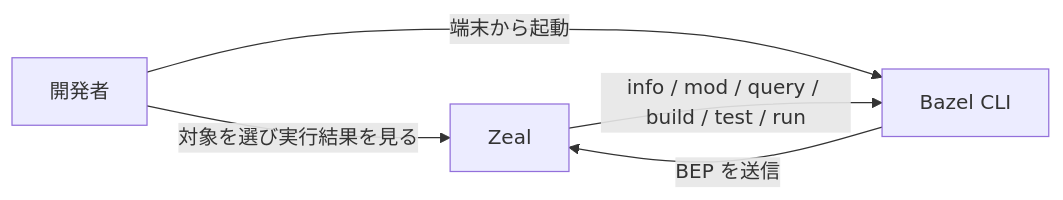
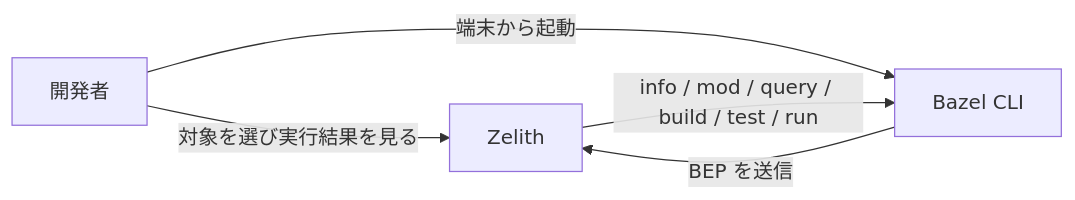
The first of 2 diagrams in docs/design/overview.md (OhataKenji/zeal), drawn with Mermaid before and after one commit. The commit also changed other lines of this file and 53 other files, not shown here.

Commit message:
Rename Zeal to Zelith throughout the codebase

````diff
--- a/docs/design/overview.md
+++ b/docs/design/overview.md
@@ -25,7 +25,7 @@
 ```mermaid
 flowchart LR
-    DEV["開発者"] -->|"対象を選び実行結果を見る"| ZEAL["Zeal"]
+    DEV["開発者"] -->|"対象を選び実行結果を見る"| ZELITH["Zelith"]
     DEV -->|"端末から起動"| BAZEL["Bazel CLI"]
-    ZEAL -->|"info / mod / query / build / test / run"| BAZEL
-    BAZEL -->|"BEP を送信"| ZEAL
+    ZELITH -->|"info / mod / query / build / test / run"| BAZEL
+    BAZEL -->|"BEP を送信"| ZELITH
 ```
````
